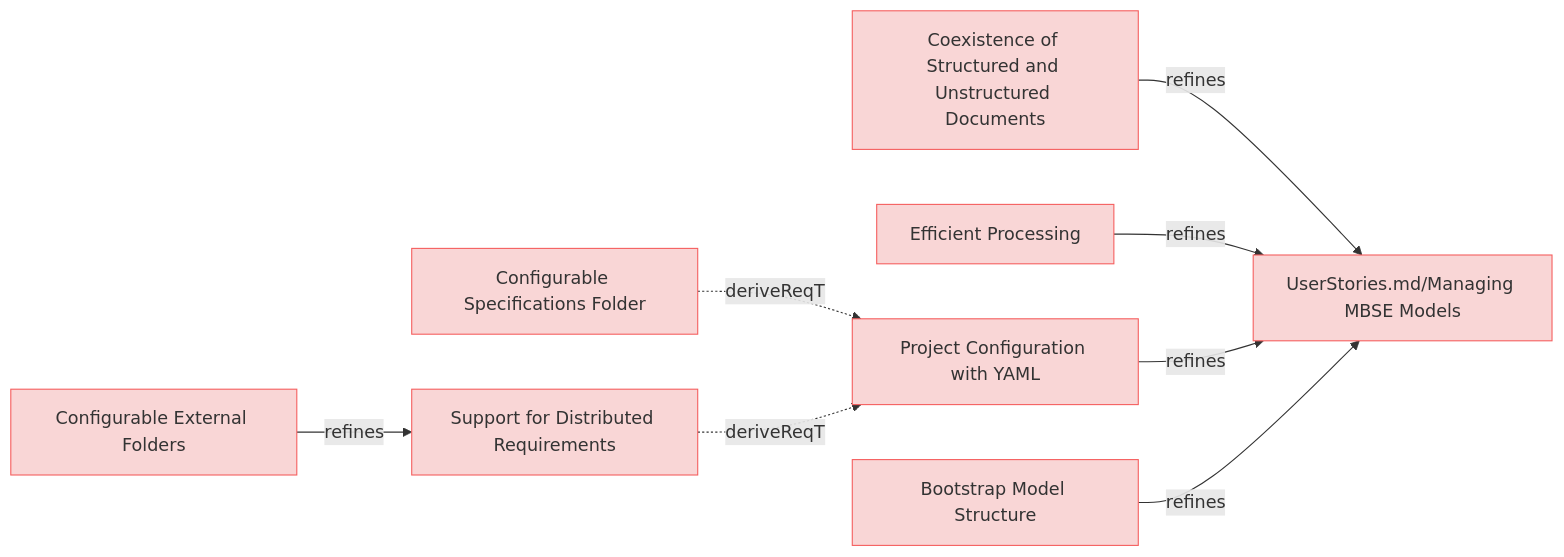
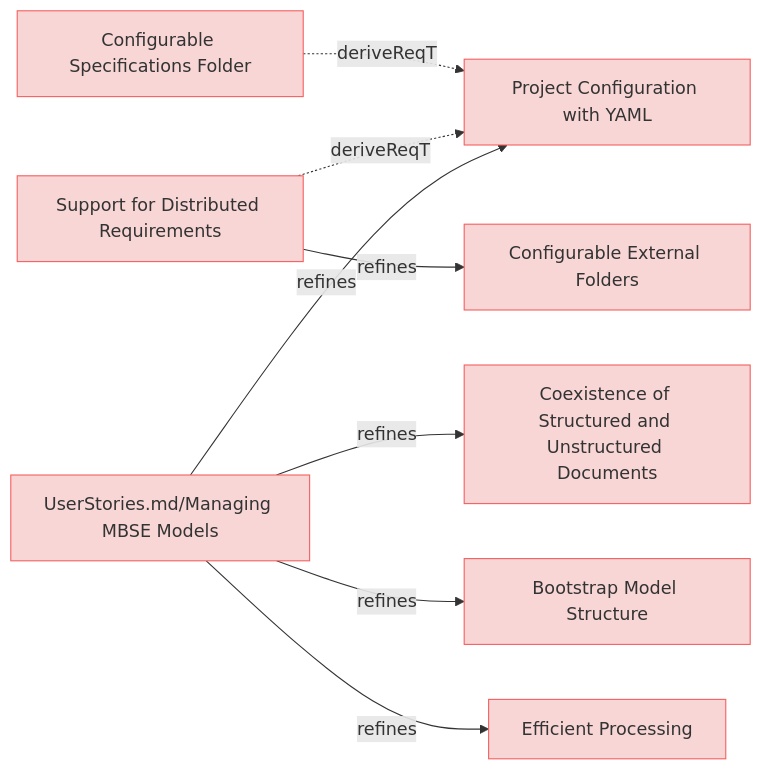
The diagram in specifications/ManagingMbseModelsRequirements.md (reqvire-org/reqvire), drawn with Mermaid before and after one commit. The commit also changed 20 other files, not shown here.

````diff
--- a/specifications/ManagingMbseModelsRequirements.md
+++ b/specifications/ManagingMbseModelsRequirements.md
@@ -4,40 +4,40 @@
 ```mermaid
 graph LR;
   %% Graph styling
   classDef requirement fill:#f9d6d6,stroke:#f55f5f,stroke-width:1px;
   classDef verification fill:#d6f9d6,stroke:#5fd75f,stroke-width:1px;
   classDef externalLink fill:#d0e0ff,stroke:#3080ff,stroke-width:1px;
   classDef default fill:#f5f5f5,stroke:#333333,stroke-width:1px;
 
-  b9c9d1bf19e76fc["Configurable External Folders"];
-  click b9c9d1bf19e76fc "https://github.com/Reqvire/reqvire/blob/30536324899084e88969175e3613c971ffa6e108/specifications/ManagingMbseModelsRequirements.md#configurable-external-folders";
-  class b9c9d1bf19e76fc requirement;
+  87e38ccb52188638["Configurable Specifications Folder"];
+  click 87e38ccb52188638 "https://github.com/Reqvire/reqvire/blob/667635d4628fed400323f7df3689af2dbc2ad666/specifications/ManagingMbseModelsRequirements.md#configurable-specifications-folder";
+  class 87e38ccb52188638 requirement;
+  b3ef0fb91572bcf0["Project Configuration with YAML"];
+  class b3ef0fb91572bcf0 requirement;
+  click b3ef0fb91572bcf0 "https://github.com/Reqvire/reqvire/blob/667635d4628fed400323f7df3689af2dbc2ad666/specifications/ManagingMbseModelsRequirements.md#project-configuration-with-yaml";
+  87e38ccb52188638 -.->|deriveReqT| b3ef0fb91572bcf0;
   c4d5865187c53ce6["Support for Distributed Requirements"];
+  click c4d5865187c53ce6 "https://github.com/Reqvire/reqvire/blob/667635d4628fed400323f7df3689af2dbc2ad666/specifications/ManagingMbseModelsRequirements.md#support-for-distributed-requirements";
   class c4d5865187c53ce6 requirement;
-  click c4d5865187c53ce6 "https://github.com/Reqvire/reqvire/blob/30536324899084e88969175e3613c971ffa6e108/specifications/ManagingMbseModelsRequirements.md#support-for-distributed-requirements";
-  b9c9d1bf19e76fc -->|refines| c4d5865187c53ce6;
+  c4d5865187c53ce6 -.->|deriveReqT| b3ef0fb91572bcf0;
   da5831ca85881025["Coexistence of Structured and Unstructured Documents"];
-  click da5831ca85881025 "https://github.com/Reqvire/reqvire/blob/30536324899084e88969175e3613c971ffa6e108/specifications/ManagingMbseModelsRequirements.md#coexistence-of-structured-and-unstructured-documents";
+  click da5831ca85881025 "https://github.com/Reqvire/reqvire/blob/667635d4628fed400323f7df3689af2dbc2ad666/specifications/ManagingMbseModelsRequirements.md#coexistence-of-structured-and-unstructured-documents";
   class da5831ca85881025 requirement;
   c75ac8fa29479ca5["UserStories.md/Managing MBSE Models"];
   class c75ac8fa29479ca5 requirement;
-  click c75ac8fa29479ca5 "https://github.com/Reqvire/reqvire/blob/30536324899084e88969175e3613c971ffa6e108/specifications/UserStories.md#managing-mbse-models";
-  da5831ca85881025 -->|refines| c75ac8fa29479ca5;
-  87e38ccb52188638["Configurable Specifications Folder"];
-  click 87e38ccb52188638 "https://github.com/Reqvire/reqvire/blob/30536324899084e88969175e3613c971ffa6e108/specifications/ManagingMbseModelsRequirements.md#configurable-specifications-folder";
-  class 87e38ccb52188638 requirement;
-  b3ef0fb91572bcf0["Project Configuration with YAML"];
-  class b3ef0fb91572bcf0 requirement;
-  click b3ef0fb91572bcf0 "https://github.com/Reqvire/reqvire/blob/30536324899084e88969175e3613c971ffa6e108/specifications/ManagingMbseModelsRequirements.md#project-configuration-with-yaml";
-  87e38ccb52188638 -.->|deriveReqT| b3ef0fb91572bcf0;
+  click c75ac8fa29479ca5 "https://github.com/Reqvire/reqvire/blob/667635d4628fed400323f7df3689af2dbc2ad666/specifications/UserStories.md#managing-mbse-models";
+  c75ac8fa29479ca5 -->|refines| da5831ca85881025;
+  b9c9d1bf19e76fc["Configurable External Folders"];
+  click b9c9d1bf19e76fc "https://github.com/Reqvire/reqvire/blob/667635d4628fed400323f7df3689af2dbc2ad666/specifications/ManagingMbseModelsRequirements.md#configurable-external-folders";
+  class b9c9d1bf19e76fc requirement;
+  c4d5865187c53ce6 -->|refines| b9c9d1bf19e76fc;
+  fa4727bd969c48f8["Bootstrap Model Structure"];
+  click fa4727bd969c48f8 "https://github.com/Reqvire/reqvire/blob/667635d4628fed400323f7df3689af2dbc2ad666/specifications/ManagingMbseModelsRequirements.md#bootstrap-model-structure";
+  class fa4727bd969c48f8 requirement;
+  c75ac8fa29479ca5 -->|refines| fa4727bd969c48f8;
+  c75ac8fa29479ca5 -->|refines| b3ef0fb91572bcf0;
   386d7b145d008870["Efficient Processing"];
-  click 386d7b145d008870 "https://github.com/Reqvire/reqvire/blob/30536324899084e88969175e3613c971ffa6e108/specifications/ManagingMbseModelsRequirements.md#efficient-processing";
+  click 386d7b145d008870 "https://github.com/Reqvire/reqvire/blob/667635d4628fed400323f7df3689af2dbc2ad666/specifications/ManagingMbseModelsRequirements.md#efficient-processing";
   class 386d7b145d008870 requirement;
-  386d7b145d008870 -->|refines| c75ac8fa29479ca5;
-  c4d5865187c53ce6 -.->|deriveReqT| b3ef0fb91572bcf0;
-  b3ef0fb91572bcf0 -->|refines| c75ac8fa29479ca5;
-  fa4727bd969c48f8["Bootstrap Model Structure"];
-  click fa4727bd969c48f8 "https://github.com/Reqvire/reqvire/blob/30536324899084e88969175e3613c971ffa6e108/specifications/ManagingMbseModelsRequirements.md#bootstrap-model-structure";
-  class fa4727bd969c48f8 requirement;
-  fa4727bd969c48f8 -->|refines| c75ac8fa29479ca5;
+  c75ac8fa29479ca5 -->|refines| 386d7b145d008870;
 ```
````
